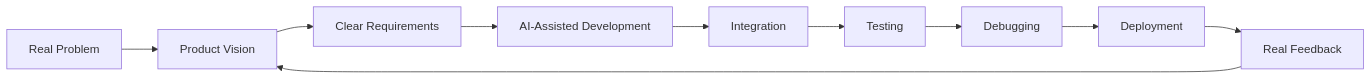
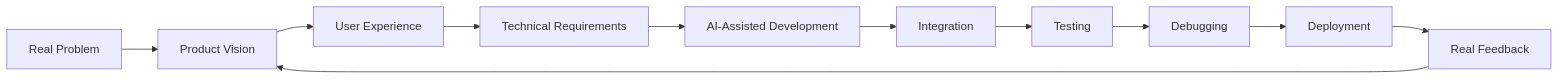
One commit to Guuh-dev/Guhh-dev changed the second of 2 diagrams in README.md. Above: the diagram before and after it, drawn with Mermaid. The commit also changed other lines of this file, not shown here.

````diff
--- a/README.md
+++ b/README.md
@@ -339,12 +336,13 @@
 ```mermaid
 flowchart LR
     A["Real Problem"] --> B["Product Vision"]
-    B --> C["Clear Requirements"]
-    C --> D["AI-Assisted Development"]
-    D --> E["Integration"]
-    E --> F["Testing"]
-    F --> G["Debugging"]
-    G --> H["Deployment"]
-    H --> I["Real Feedback"]
-    I --> B
+    B --> C["User Experience"]
+    C --> D["Technical Requirements"]
+    D --> E["AI-Assisted Development"]
+    E --> F["Integration"]
+    F --> G["Testing"]
+    G --> H["Debugging"]
+    H --> I["Deployment"]
+    I --> J["Real Feedback"]
+    J --> B
 ```
````
